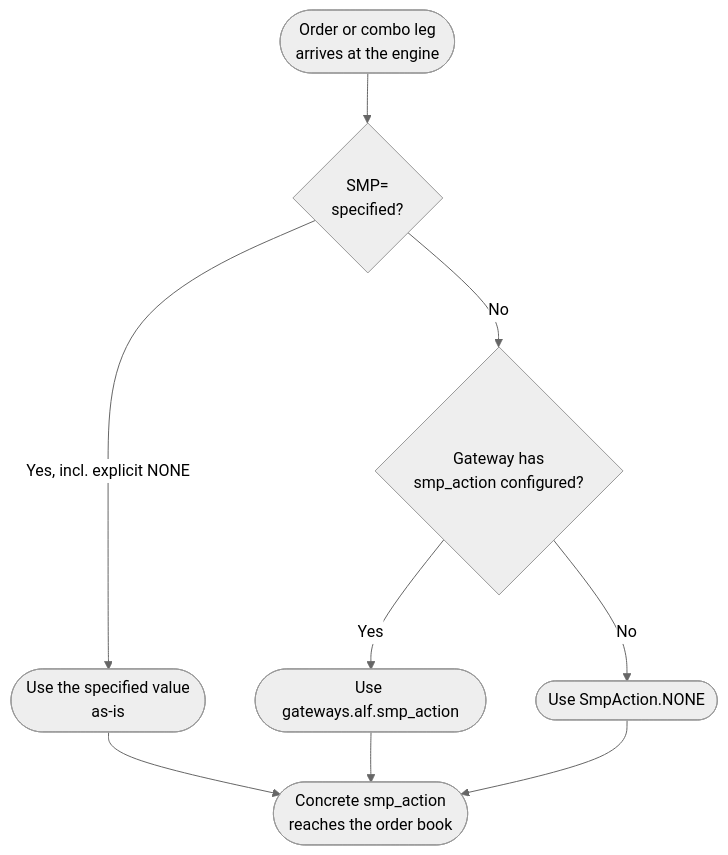
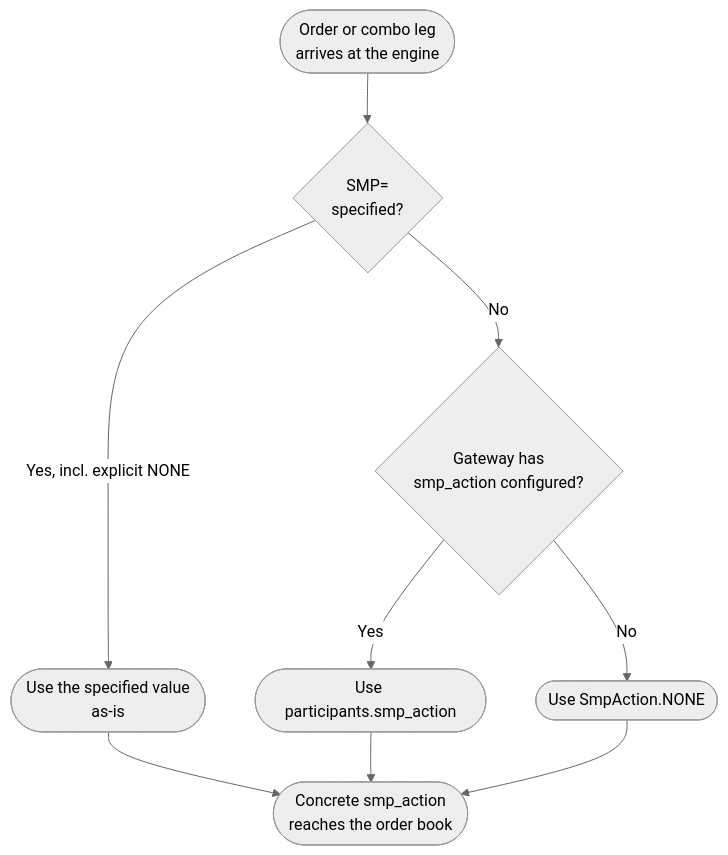
Before and after one commit to johan162/EduMatcher: the fifth of 5 diagrams in docs/user-guide/120-risk-controls.md, drawn with Mermaid (neutral theme). The commit also changed other lines of this file and 187 other files, not shown here.

Commit message:
refacto(config)!: rename gateways.alf to participants. This is a breaking change!

````diff
--- a/docs/user-guide/120-risk-controls.md
+++ b/docs/user-guide/120-risk-controls.md
@@ -1571,11 +1569,11 @@
 ```mermaid
 flowchart TD
     A(["Order or combo leg\narrives at the engine"]) --> B{SMP=\nspecified?}
     B -- "Yes, incl. explicit NONE" --> C(["Use the specified value\nas-is"])
     B -- No --> D{Gateway has\nsmp_action configured?}
-    D -- Yes --> E(["Use gateways.alf.smp_action"])
+    D -- Yes --> E(["Use participants.smp_action"])
     D -- No --> F(["Use SmpAction.NONE"])
     C --> G(["Concrete smp_action\nreaches the order book"])
     E --> G
     F --> G
 ```
````
